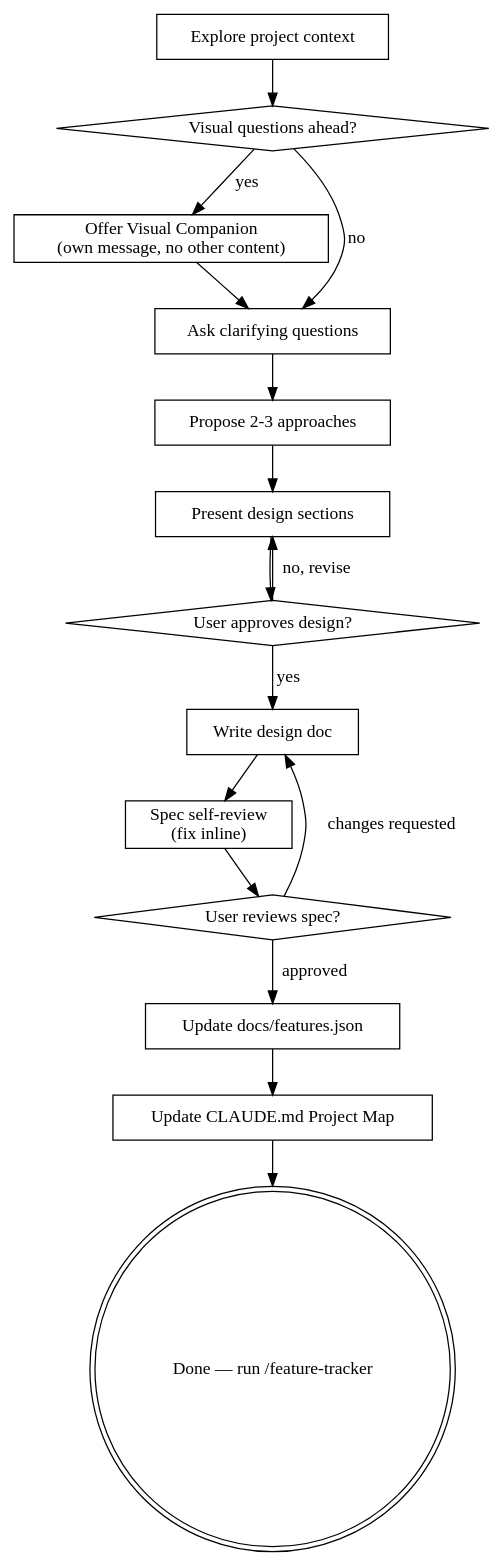
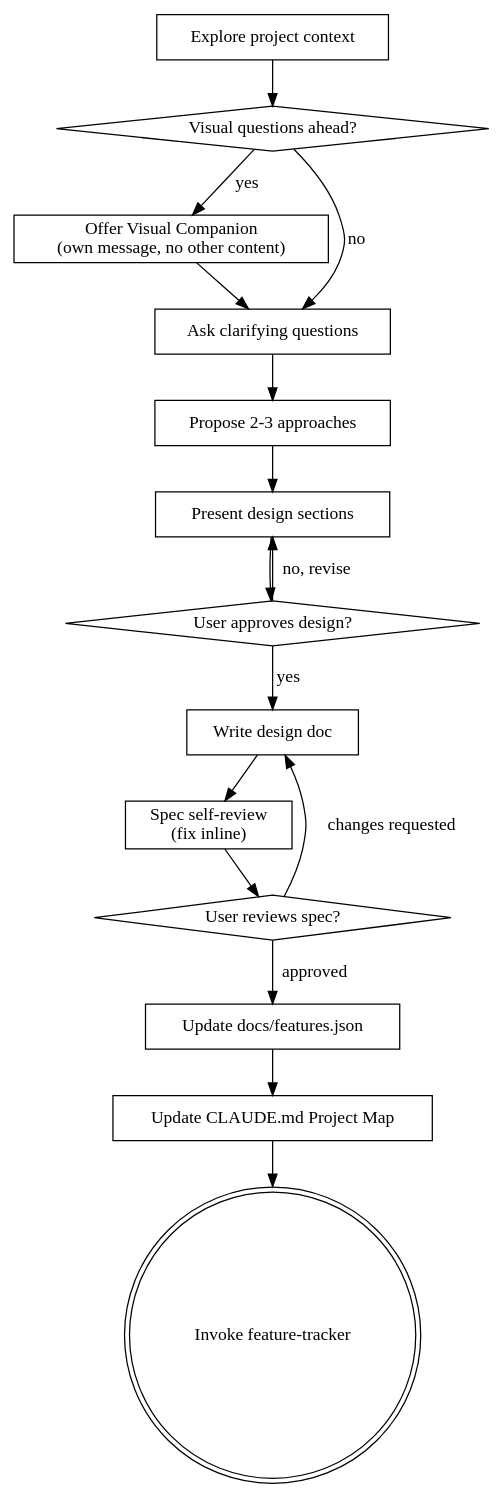
Before and after one commit to shawnyin128/sp-harness: the diagram in skills/brainstorming/SKILL.md, drawn with Graphviz. The commit also changed other lines of this file, not shown here.

First line of the commit message:
[skills]: brainstorming auto-invokes feature-tracker after design complete

````diff
--- a/skills/brainstorming/SKILL.md
+++ b/skills/brainstorming/SKILL.md
@@ -39,34 +39,34 @@
 ```dot
 digraph brainstorming {
     "Explore project context" [shape=box];
     "Visual questions ahead?" [shape=diamond];
     "Offer Visual Companion\n(own message, no other content)" [shape=box];
     "Ask clarifying questions" [shape=box];
     "Propose 2-3 approaches" [shape=box];
     "Present design sections" [shape=box];
     "User approves design?" [shape=diamond];
     "Write design doc" [shape=box];
     "Spec self-review\n(fix inline)" [shape=box];
     "User reviews spec?" [shape=diamond];
-    "Done — run /feature-tracker" [shape=doublecircle];
+    "Invoke feature-tracker" [shape=doublecircle];
 
     "Explore project context" -> "Visual questions ahead?";
     "Visual questions ahead?" -> "Offer Visual Companion\n(own message, no other content)" [label="yes"];
     "Visual questions ahead?" -> "Ask clarifying questions" [label="no"];
     "Offer Visual Companion\n(own message, no other content)" -> "Ask clarifying questions";
     "Ask clarifying questions" -> "Propose 2-3 approaches";
     "Propose 2-3 approaches" -> "Present design sections";
     "Present design sections" -> "User approves design?";
     "User approves design?" -> "Present design sections" [label="no, revise"];
     "User approves design?" -> "Write design doc" [label="yes"];
     "Write design doc" -> "Spec self-review\n(fix inline)";
     "Spec self-review\n(fix inline)" -> "User reviews spec?";
     "Update docs/features.json" [shape=box];
     "Update CLAUDE.md Project Map" [shape=box];
 
     "User reviews spec?" -> "Write design doc" [label="changes requested"];
     "User reviews spec?" -> "Update docs/features.json" [label="approved"];
     "Update docs/features.json" -> "Update CLAUDE.md Project Map";
-    "Update CLAUDE.md Project Map" -> "Done — run /feature-tracker";
+    "Update CLAUDE.md Project Map" -> "Invoke feature-tracker";
 }
 ```
````
